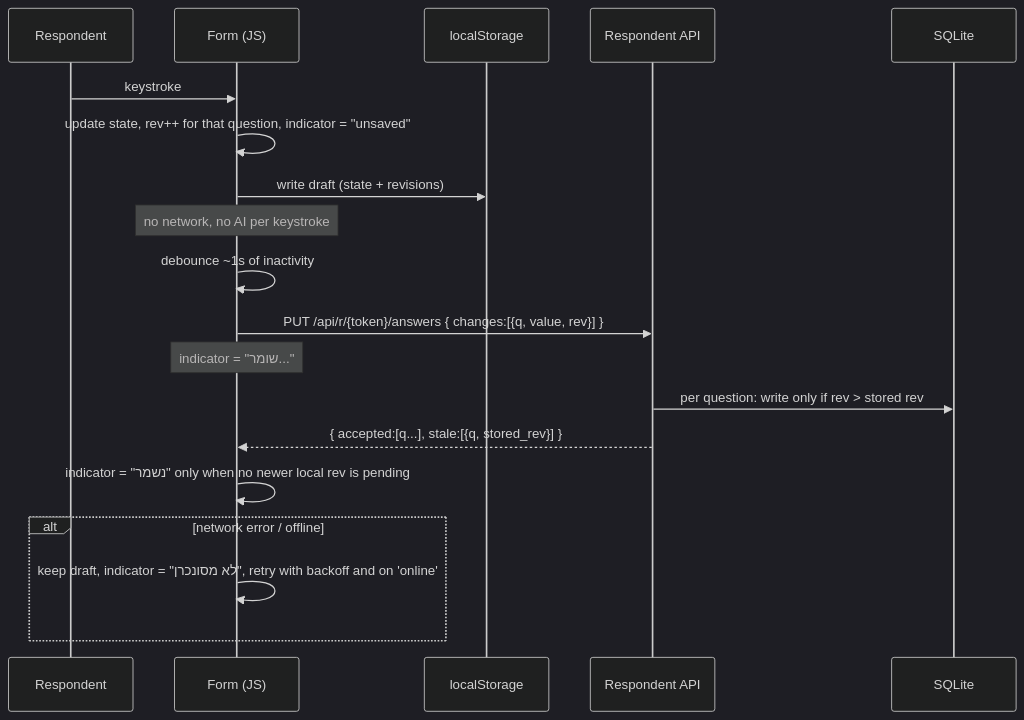
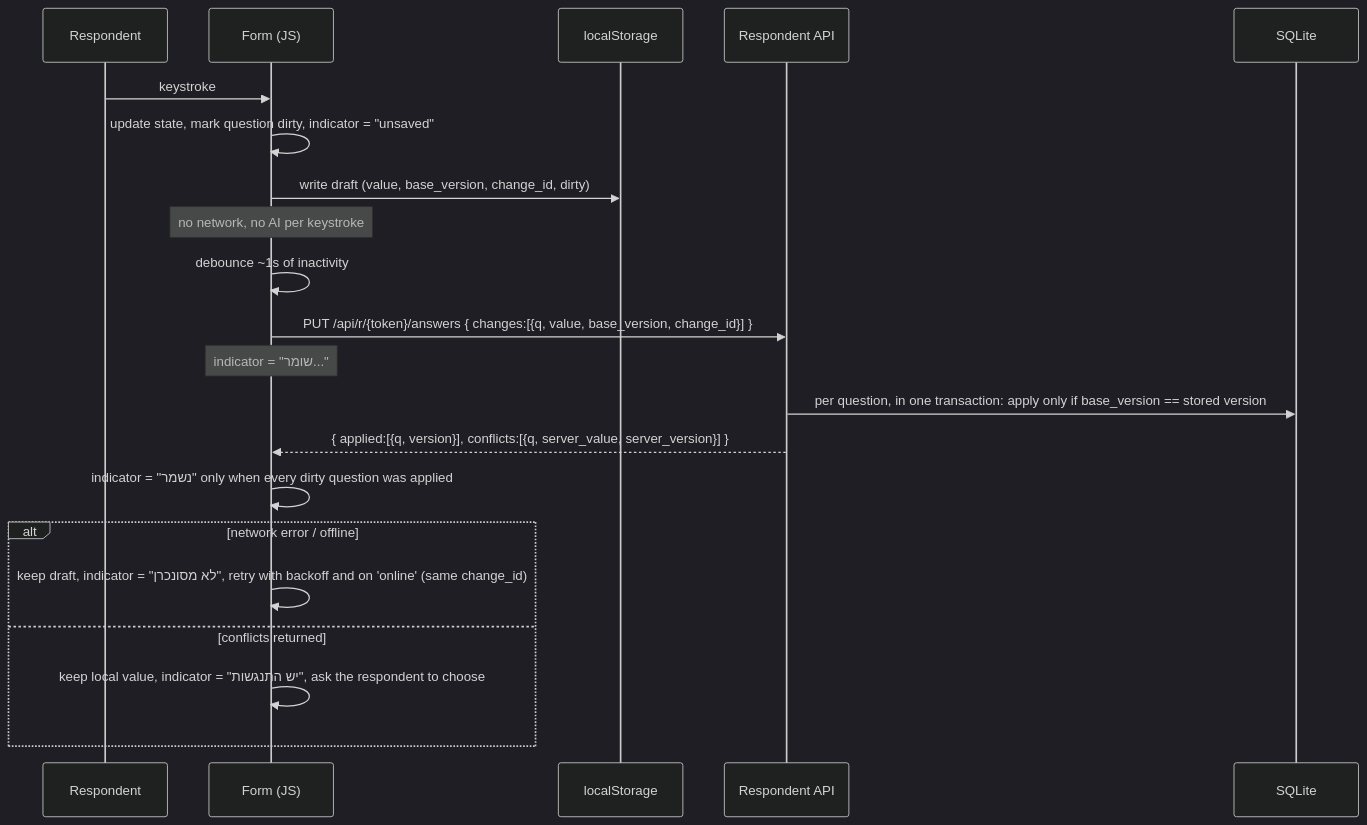
Before and after one commit to stavdayan-netizen/ai-client-discovery: the fourth of 5 diagrams in architecture.md, drawn with Mermaid (dark theme). The commit also changed other lines of this file, not shown here.

First line of the commit message:
Refine architecture: autosave conflicts, AI-run recovery, progress semantics

````diff
--- a/architecture.md
+++ b/architecture.md
@@ -212,22 +217,24 @@
 ```mermaid
 sequenceDiagram
   participant U as Respondent
   participant JS as Form (JS)
   participant LS as localStorage
   participant API as Respondent API
   participant DB as SQLite
 
   U->>JS: keystroke
-  JS->>JS: update state, rev++ for that question, indicator = "unsaved"
-  JS->>LS: write draft (state + revisions)
+  JS->>JS: update state, mark question dirty, indicator = "unsaved"
+  JS->>LS: write draft (value, base_version, change_id, dirty)
   Note over JS: no network, no AI per keystroke
   JS->>JS: debounce ~1s of inactivity
-  JS->>API: PUT /api/r/{token}/answers  { changes:[{q, value, rev}] }
+  JS->>API: PUT /api/r/{token}/answers  { changes:[{q, value, base_version, change_id}] }
   Note over JS: indicator = "שומר..."
-  API->>DB: per question: write only if rev > stored rev
-  API-->>JS: { accepted:[q...], stale:[{q, stored_rev}] }
-  JS->>JS: indicator = "נשמר" only when no newer local rev is pending
+  API->>DB: per question, in one transaction: apply only if base_version == stored version
+  API-->>JS: { applied:[{q, version}], conflicts:[{q, server_value, server_version}] }
+  JS->>JS: indicator = "נשמר" only when every dirty question was applied
   alt network error / offline
-    JS->>JS: keep draft, indicator = "לא מסונכרן", retry with backoff and on 'online'
+    JS->>JS: keep draft, indicator = "לא מסונכרן", retry with backoff and on 'online' (same change_id)
+  else conflicts returned
+    JS->>JS: keep local value, indicator = "יש התנגשות", ask the respondent to choose
   end
 ```
````
